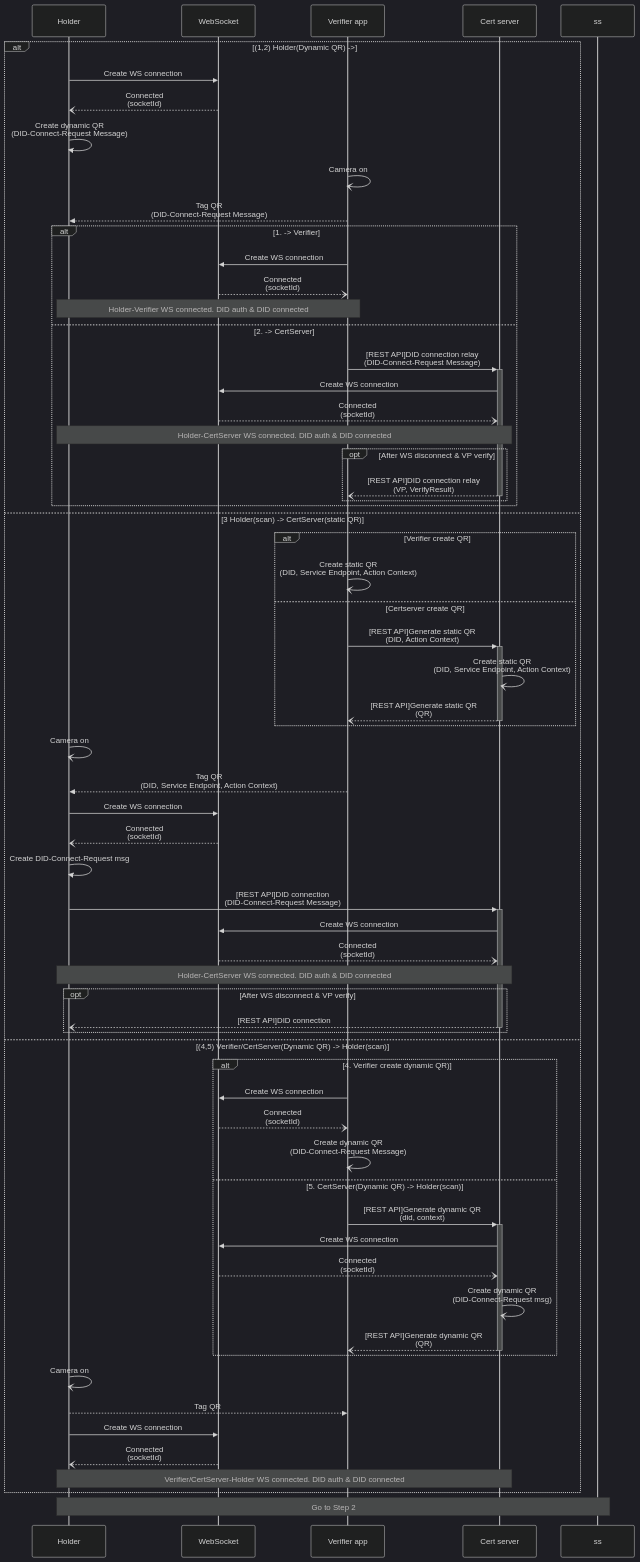
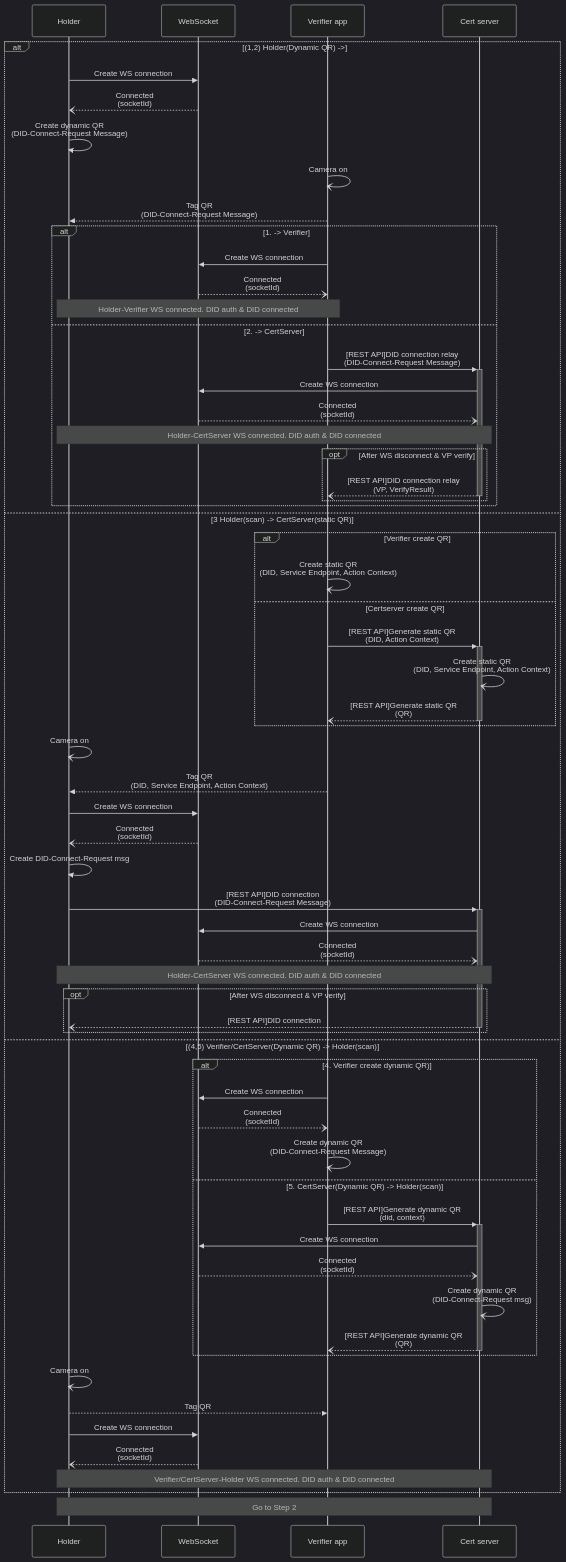
The first of 2 diagrams in infra-digital-certificate/introduction/verify-flow/step1.md (InfraBlockchainTeam/console), drawn with Mermaid (dark theme) before and after one commit. The commit also changed 6 other files, not shown here.

````diff
--- a/infra-digital-certificate/introduction/verify-flow/step1.md
+++ b/infra-digital-certificate/introduction/verify-flow/step1.md
@@ -16,67 +16,67 @@
 ```mermaid
 sequenceDiagram
 
 participant h as Holder
 participant ws as WebSocket
 participant v as Verifier app
 participant cs as Cert server
 
 alt (1,2) Holder(Dynamic QR) ->
 	h->>ws: Create WS connection
 	ws--)h: Connected<br>(socketId)
 	h->>h: Create dynamic QR<br>(DID-Connect-Request Message)
 	v-)v: Camera on
 	v-->>h: Tag QR<br>(DID-Connect-Request Message)
 	alt 1. -> Verifier
 		v->>ws: Create WS connection
 		ws--)v: Connected<br>(socketId)
 	  note over h,v: Holder-Verifier WS connected. DID auth & DID connected
 	else 2. -> CertServer
 		v->>+cs: [REST API]DID connection relay<br>(DID-Connect-Request Message)
 		cs->>ws: Create WS connection
 		ws--)cs: Connected<br>(socketId)
 	  note over h,cs: Holder-CertServer WS connected. DID auth & DID connected
 		opt After WS disconnect & VP verify
 			cs--)-v: [REST API]DID connection relay<br>(VP, VerifyResult)
 		end
 	end
 else 3 Holder(scan) -> CertServer(static QR)
 	alt Verifier create QR
 		v-)v: Create static QR<br/>(DID, Service Endpoint, Action Context)
 	else Certserver create QR
 		v->>+cs: [REST API]Generate static QR<br>(DID, Action Context)
 		cs-)cs: Create static QR<br/>(DID, Service Endpoint, Action Context)
 		cs--)-v: [REST API]Generate static QR<br>(QR)
 	end
 	h-)h: Camera on
 	v-->>h: Tag QR<br/>(DID, Service Endpoint, Action Context)
 	h->>ws: Create WS connection
 	ws--)h: Connected<br>(socketId)
 	h->>h: Create DID-Connect-Request msg
 	h->>+cs: [REST API]DID connection<br>(DID-Connect-Request Message)
 	cs->>ws: Create WS connection
 	ws--)cs: Connected<br>(socketId)
   note over h,cs: Holder-CertServer WS connected. DID auth & DID connected
 		opt After WS disconnect & VP verify
 		cs--)-h: [REST API]DID connection
 	end
 else (4,5) Verifier/CertServer(Dynamic QR) -> Holder(scan)
 	alt 4. Verifier create dynamic QR)
 	  v->>ws: Create WS connection
 		ws--)v: Connected<br>(socketId)
 		v-)v: Create dynamic QR<br>(DID-Connect-Request Message)
 	else 5. CertServer(Dynamic QR) -> Holder(scan)
 	  v->>+cs: [REST API]Generate dynamic QR<br>(did, context)
 		cs->>ws: Create WS connection
 		ws--)cs: Connected<br>(socketId)
 		cs-)cs: Create dynamic QR<br>(DID-Connect-Request msg)
 		cs--)-v: [REST API]Generate dynamic QR<br>(QR)
 	end
   h-)h: Camera on
 	h-->>v: Tag QR
 	h->>ws: Create WS connection
 	ws--)h: Connected<br>(socketId)
   note over h,cs: Verifier/CertServer-Holder WS connected. DID auth & DID connected
 end
-note over h,ss: Go to Step 2
+note over h,cs: Go to Step 2
 ```
````
